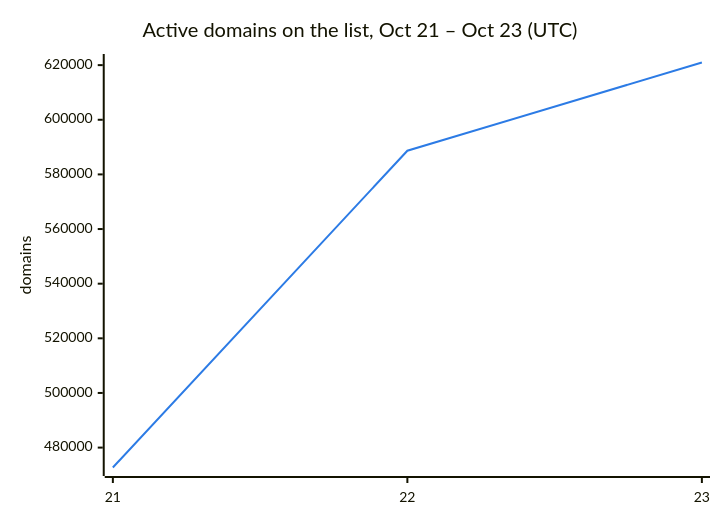
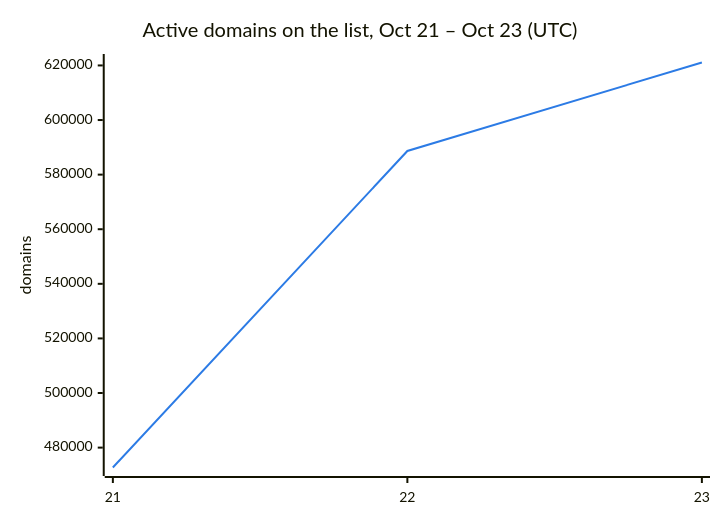
Before and after one commit to DNSBunker/CTI: the second of 3 diagrams in README.md, drawn with Mermaid. The commit also changed other lines of this file and 3 other files, not shown here.

````diff
--- a/README.md
+++ b/README.md
@@ -38,8 +38,8 @@
 ```mermaid
 %%{init: {"themeVariables": {"xyChart": {"plotColorPalette": "#2c7be5"}}}}%%
 xychart-beta
     title "Active domains on the list, Oct 21 – Oct 23 (UTC)"
     x-axis ["21", "22", "23"]
     y-axis "domains"
-    line [472713, 588659, 620963]
+    line [472713, 588659, 621077]
 ```
````
